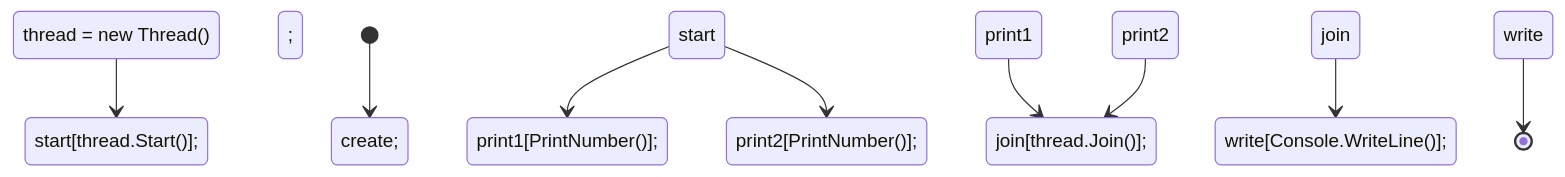
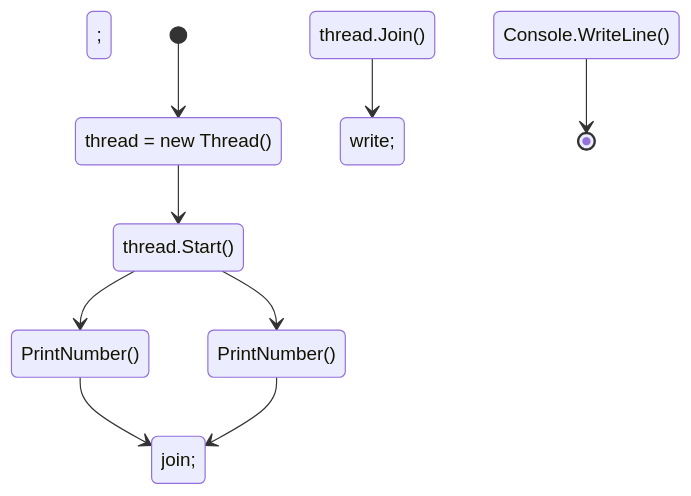
One commit to lupamedeiros/pjd_redes changed the diagram in aula_02/README.md. Above: the diagram before and after it, drawn with Mermaid.

Commit message:
update chart aula+02

````diff
--- a/aula_02/README.md
+++ b/aula_02/README.md
@@ -82,12 +82,17 @@
 ```mermaid
 stateDiagram-v2 
     create : thread = new Thread();
-    [*] --> create;
-    create --> start[thread.Start()];
-    start --> print1[PrintNumber()];
-    start --> print2[PrintNumber()];
-    print1 --> join[thread.Join()];
-    print2 --> join[thread.Join()];
-    join --> write[Console.WriteLine()];
+    start : thread.Start();
+    print1 : PrintNumber();
+    print2 : PrintNumber();
+    join : thread.Join();
+    write : Console.WriteLine();
+    [*] --> create
+    create --> start 
+    start --> print1
+    start --> print2
+    print1 --> join;
+    print2 --> join;
+    join --> write;
     write --> [*]
 ```
````
